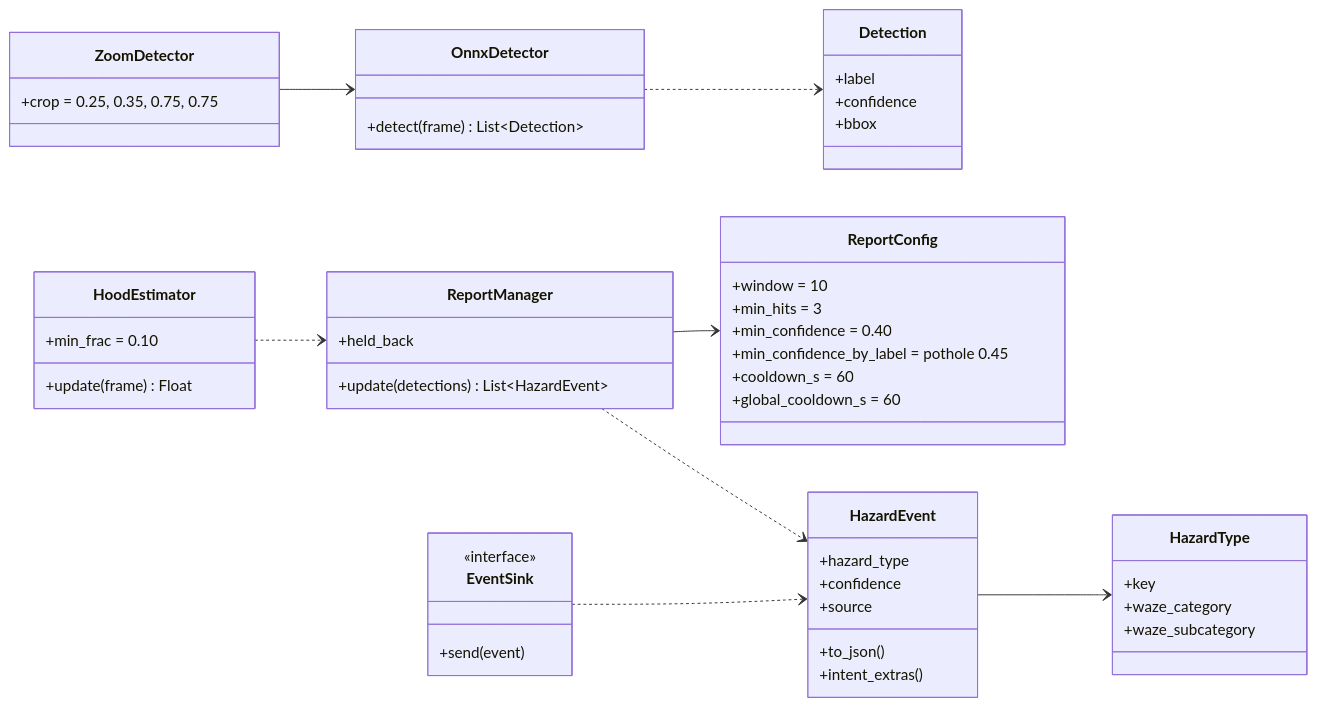
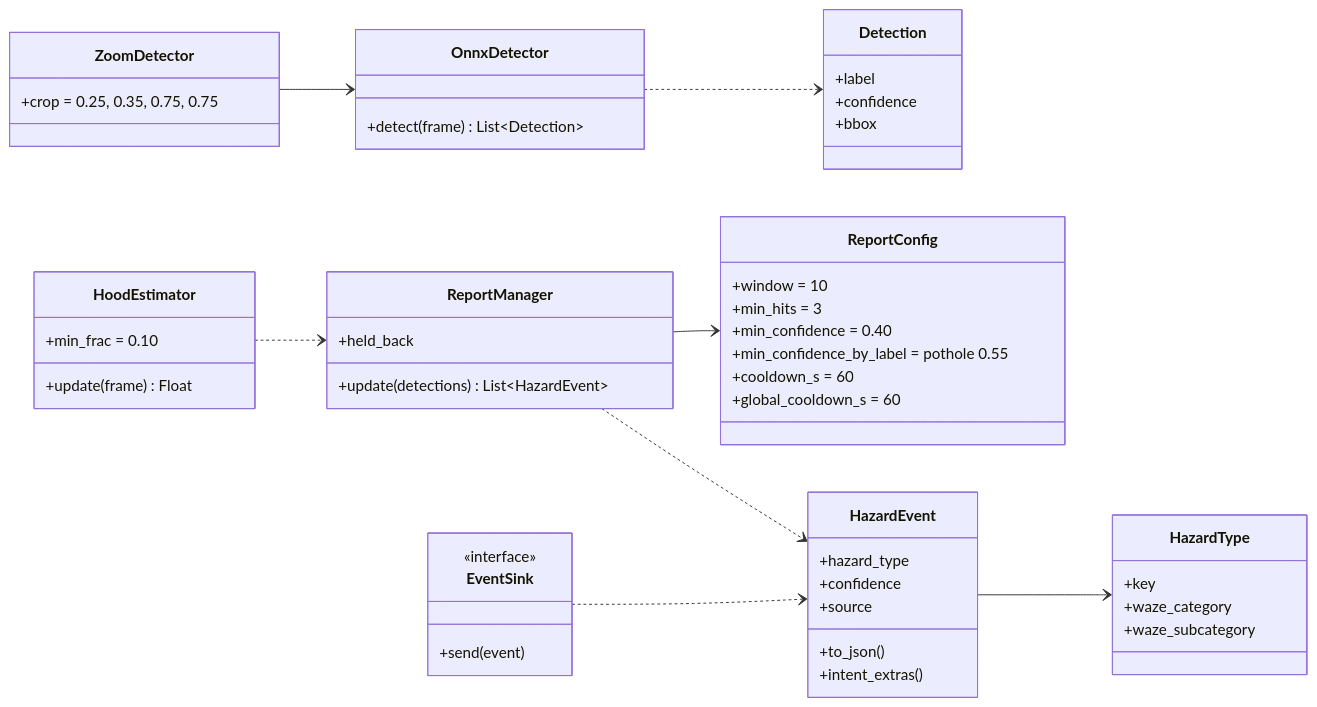
Before and after one commit to blakepennel/wazeomatic: the second of 2 diagrams in docs/architecture.md, drawn with Mermaid. The commit also changed other lines of this file and 14 other files, not shown here.

````diff
--- a/docs/architecture.md
+++ b/docs/architecture.md
@@ -109,54 +109,54 @@
 ```mermaid
 classDiagram
     direction LR
     class OnnxDetector {
         +detect(frame) List~Detection~
     }
     class ZoomDetector {
         +crop = 0.25, 0.35, 0.75, 0.75
     }
     class HoodEstimator {
         +min_frac = 0.10
         +update(frame) Float
     }
     class Detection {
         +label
         +confidence
         +bbox
     }
     class ReportManager {
         +held_back
         +update(detections) List~HazardEvent~
     }
     class ReportConfig {
         +window = 10
         +min_hits = 3
         +min_confidence = 0.40
-        +min_confidence_by_label = pothole 0.45
+        +min_confidence_by_label = pothole 0.55
         +cooldown_s = 60
         +global_cooldown_s = 60
     }
     class HazardEvent {
         +hazard_type
         +confidence
         +source
         +to_json()
         +intent_extras()
     }
     class HazardType {
         +key
         +waze_category
         +waze_subcategory
     }
     class EventSink {
         <<interface>>
         +send(event)
     }
     ZoomDetector --> OnnxDetector
     OnnxDetector ..> Detection
     HoodEstimator ..> ReportManager
     ReportManager --> ReportConfig
     ReportManager ..> HazardEvent
     HazardEvent --> HazardType
     EventSink ..> HazardEvent
 ```
````
